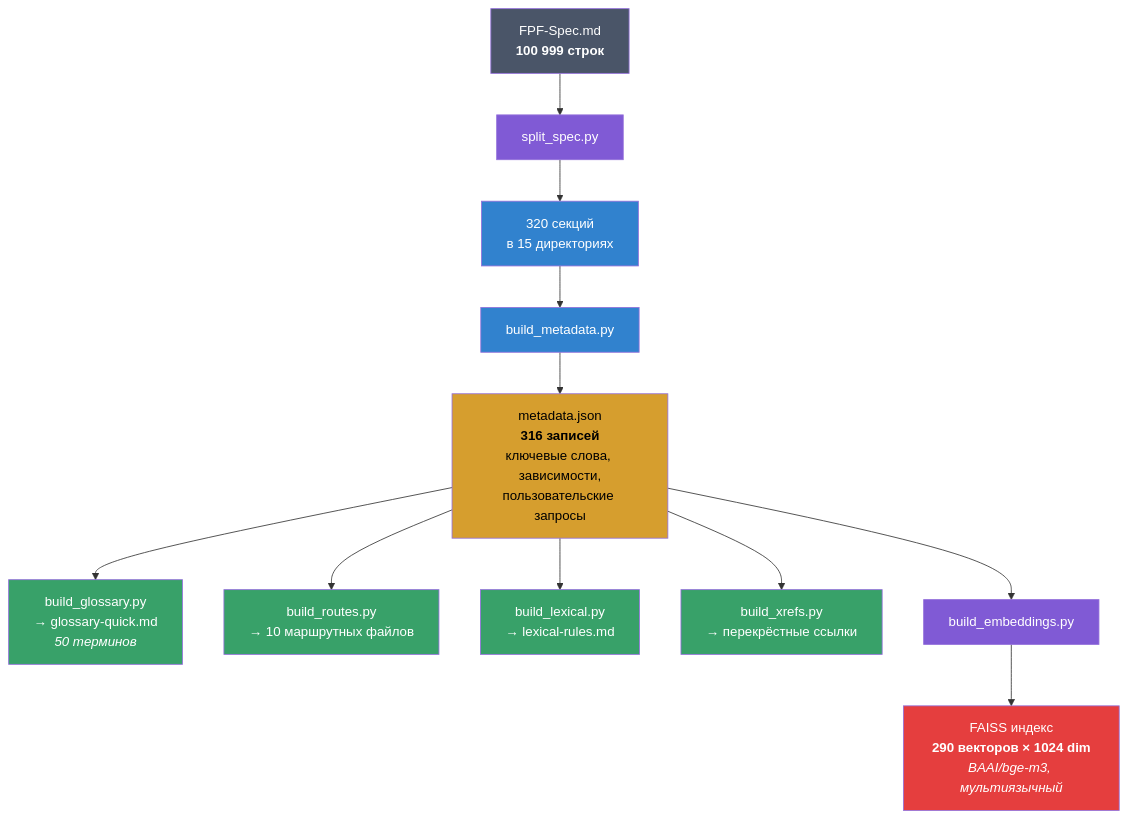
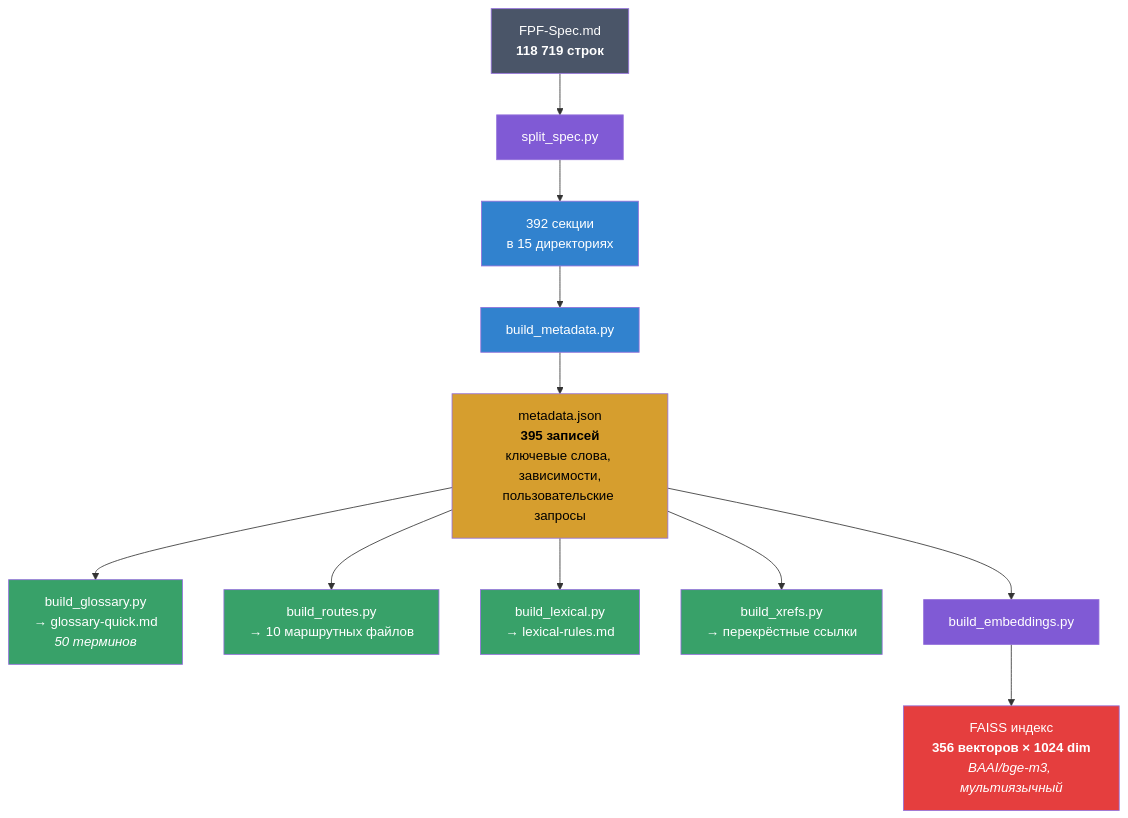
One commit to pokrovskiyv/FPF-agent changed the fourth of 4 diagrams in Readme.md. Above: the diagram before and after it, drawn with Mermaid. The commit also changed other lines of this file and 606 other files, not shown here.

````diff
--- a/Readme.md
+++ b/Readme.md
@@ -217,25 +217,25 @@
 ```mermaid
 graph TD
-    Spec["FPF-Spec.md<br/><b>100 999 строк</b>"] --> Split["split_spec.py"]
-    Split --> Sections["320 секций<br/>в 15 директориях"]
+    Spec["FPF-Spec.md<br/><b>118 719 строк</b>"] --> Split["split_spec.py"]
+    Split --> Sections["392 секции<br/>в 15 директориях"]
     Sections --> Meta["build_metadata.py"]
-    Meta --> MetaJSON["metadata.json<br/><b>316 записей</b><br/>ключевые слова, зависимости,<br/>пользовательские запросы"]
+    Meta --> MetaJSON["metadata.json<br/><b>395 записей</b><br/>ключевые слова, зависимости,<br/>пользовательские запросы"]
     MetaJSON --> Gloss["build_glossary.py<br/>→ glossary-quick.md<br/><i>50 терминов</i>"]
     MetaJSON --> Routes["build_routes.py<br/>→ 10 маршрутных файлов"]
     MetaJSON --> Lex["build_lexical.py<br/>→ lexical-rules.md"]
     MetaJSON --> XRef["build_xrefs.py<br/>→ перекрёстные ссылки"]
     MetaJSON --> Emb["build_embeddings.py"]
-    Emb --> FAISS["FAISS индекс<br/><b>290 векторов × 1024 dim</b><br/><i>BAAI/bge-m3, мультиязычный</i>"]
+    Emb --> FAISS["FAISS индекс<br/><b>356 векторов × 1024 dim</b><br/><i>BAAI/bge-m3, мультиязычный</i>"]
 
     style Spec fill:#4a5568,color:#fff
     style Split fill:#805ad5,color:#fff
     style Sections fill:#3182ce,color:#fff
     style Meta fill:#3182ce,color:#fff
     style MetaJSON fill:#d69e2e,color:#000
     style Gloss fill:#38a169,color:#fff
     style Routes fill:#38a169,color:#fff
     style Lex fill:#38a169,color:#fff
     style XRef fill:#38a169,color:#fff
     style Emb fill:#805ad5,color:#fff
     style FAISS fill:#e53e3e,color:#fff
 ```
````
